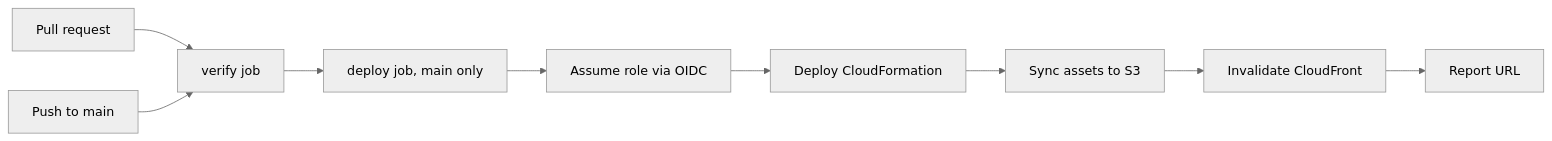
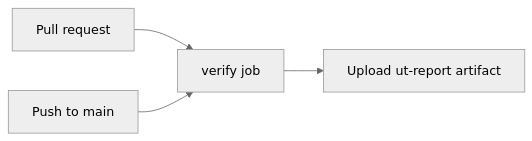
Before and after one commit to ShivaniSwadi/github_deep_dive: the fifth of 5 diagrams in docs/swdd.md, drawn with Mermaid (neutral theme). The commit also changed other lines of this file and 10 other files, not shown here.

````diff
--- a/docs/swdd.md
+++ b/docs/swdd.md
@@ -250,11 +271,6 @@
 ```mermaid
 flowchart LR
     PR[Pull request] --> V[verify job]
     PUSH[Push to main] --> V
-    V --> D[deploy job, main only]
-    D --> S1[Assume role via OIDC]
-    S1 --> S2[Deploy CloudFormation]
-    S2 --> S3[Sync assets to S3]
-    S3 --> S4[Invalidate CloudFront]
-    S4 --> S5[Report URL]
+    V --> A[Upload ut-report artifact]
 ```
````
